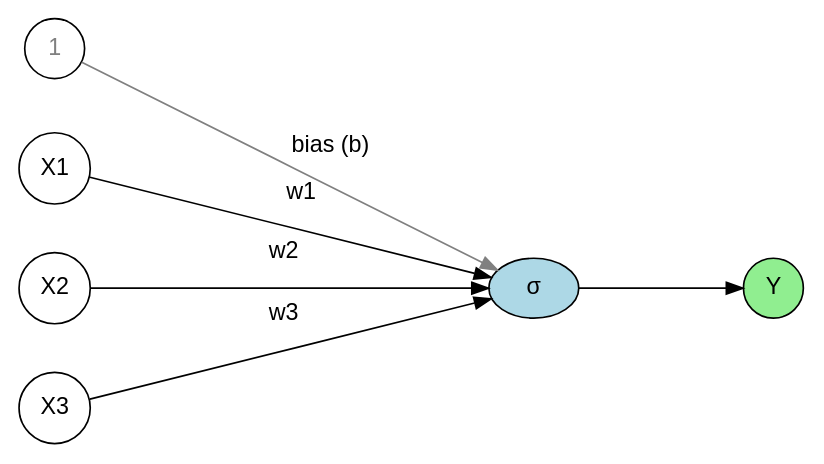
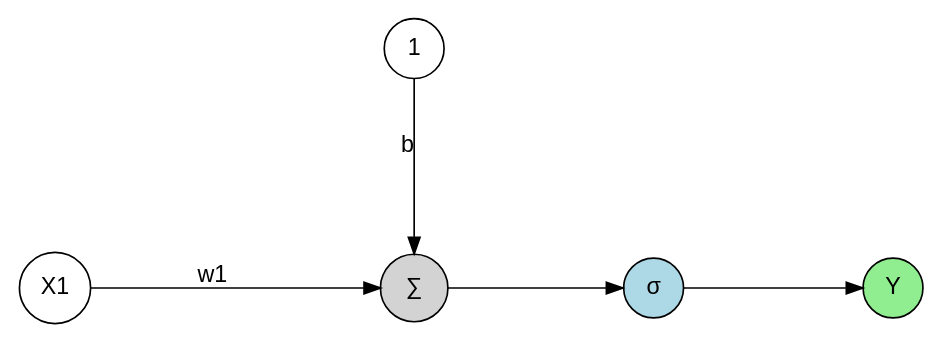
One commit to mca91/kasa_book changed the fourth of 4 diagrams in Machine Learning.qmd. Above: the diagram before and after it, drawn with Graphviz. The commit also changed other lines of this file and 336 other files, not shown here.

````diff
--- a/Machine Learning.qmd
+++ b/Machine Learning.qmd
@@ -220,33 +520,37 @@
 ```{dot}
 //| fig-width: 6
 //| fig-height: 4
 //| fig-cap: "Neuronales Netzwerk mit Sigmoid-Aktivierungsfunktion"
-//| label: "fig-neuralnet-logistic-regression"
-digraph NEURALNET {
+//| label: "fig-nn-log-reg"
+digraph NNlogit {
     layout=neato
     fontname="Helvetica,Arial,sans-serif"
     node [fontname="Helvetica,Arial,sans-serif", shape="circle"]
     edge [fontname="Helvetica,Arial,sans-serif"]
 
     // Eingangsvariablen
-    X1 [label="X1", pos="0,1!"];
-    X2 [label="X2", pos="0,0!"];
-    X3 [label="X3", pos="0,-1!"];
+    X [label="X1", pos="0,0!"];
+
+    // Summationsneuron
+    SUM [label="∑", shape="circle", pos="3,0!", width=0.5, height=0.5, style=filled];
+
+    // Sigmoid-Aktivierungsfunktion
+    sigmoid [label="σ", pos="5,0!", style=filled, fillcolor=lightblue];
 
     // Output
-    Y [label="Y", pos="6,0!", style=filled, fillcolor=lightgreen];
-
-    // Sigmoid-Aktivierungsfunktion
-    sigmoid [label="σ", pos="4,0!", shape="ellipse", style=filled, fillcolor=lightblue];
+    Y [label="Y", pos="7,0!", style=filled, fillcolor=lightgreen];
 
     // Bias
-    B [label="1", pos="0,2!", fontcolor=gray];
+    B [label="1", pos="3,2!"];
 
-    // Verbindungen
-    X1 -> sigmoid [headlabel = "w1", labeldistance=12.5, labelangle=-10];
-    X2 -> sigmoid [headlabel = "w2", labeldistance=12.5, labelangle=-10];
-    X3 -> sigmoid [headlabel = "w3", labeldistance=12.5, labelangle=-10];
-    B -> sigmoid [headlabel = "bias (b)", labeldistance=12.5, labelangle=-10, color=gray];
-    sigmoid -> Y [headlabel = "", labeldistance=12.5, labelangle=10];
+    // Verbindungen von Eingangsneuronen zur Summation
+    X -> SUM [label = "w1"];
+    B -> SUM [label = "b"];
+
+    // Verbindung von der Summation zur Sigmoid-Funktion
+    SUM -> sigmoid [label = ""];
+
+    // Verbindung von der Sigmoid-Funktion zum Output
+    sigmoid -> Y [label = ""];
 }
 ```
````
